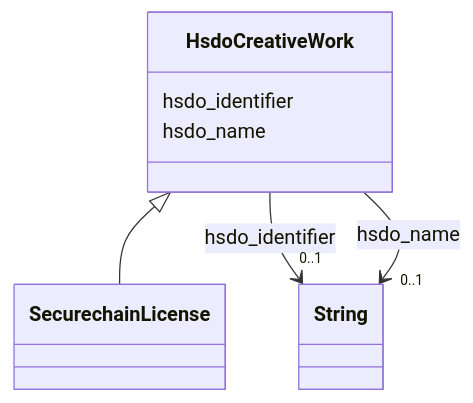
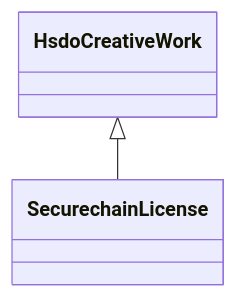
Before and after one commit to frink-okn/graph-descriptions: the diagram in secure-chain-kg/classes/HsdoCreativeWork.md, drawn with Mermaid. The commit also changed other lines of this file and 39 other files, not shown here.

````diff
--- a/secure-chain-kg/classes/HsdoCreativeWork.md
+++ b/secure-chain-kg/classes/HsdoCreativeWork.md
@@ -23,27 +21,9 @@
 ```mermaid
  classDiagram
     class HsdoCreativeWork
     click HsdoCreativeWork href "../HsdoCreativeWork"
       HsdoCreativeWork <|-- SecurechainLicense
         click SecurechainLicense href "../SecurechainLicense"
       
-      HsdoCreativeWork : hsdo_identifier
-        
-          
-    
-    
-    HsdoCreativeWork --> "0..1" String : hsdo_identifier
-    click String href "../String"
-
-        
-      HsdoCreativeWork : hsdo_name
-        
-          
-    
-    
-    HsdoCreativeWork --> "0..1" String : hsdo_name
-    click String href "../String"
-
-        
       
 ```
````
